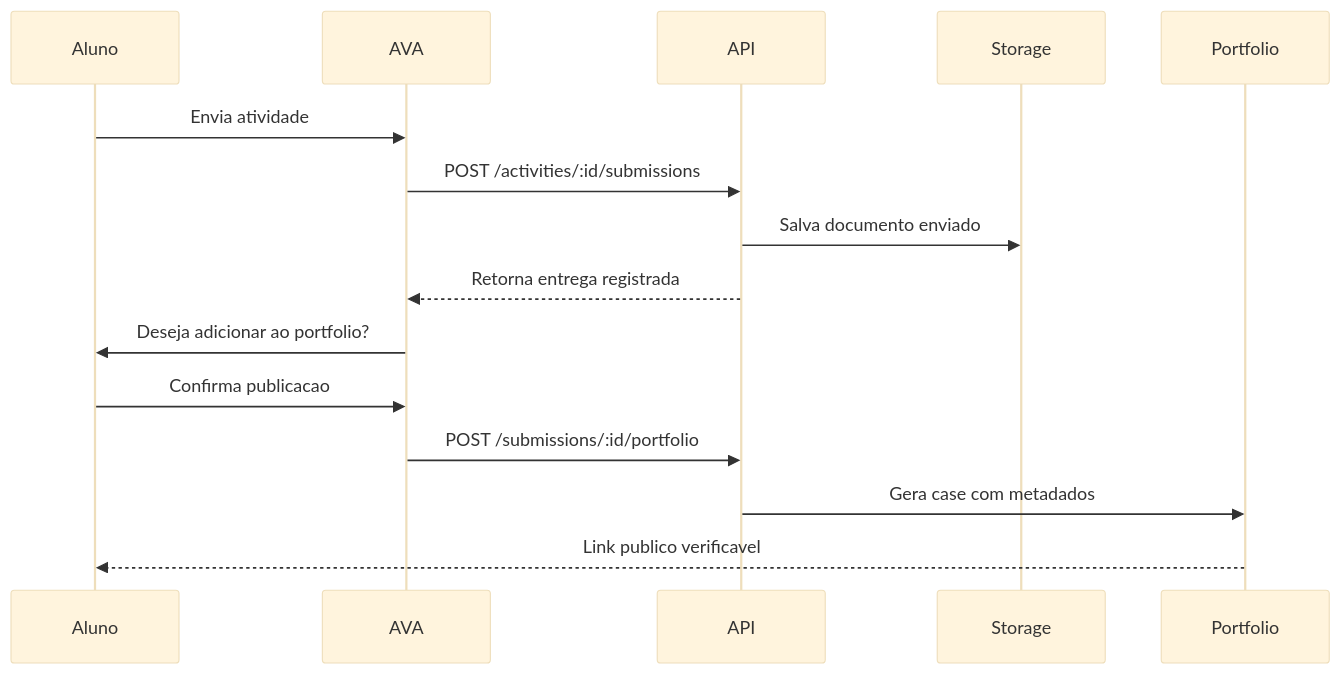
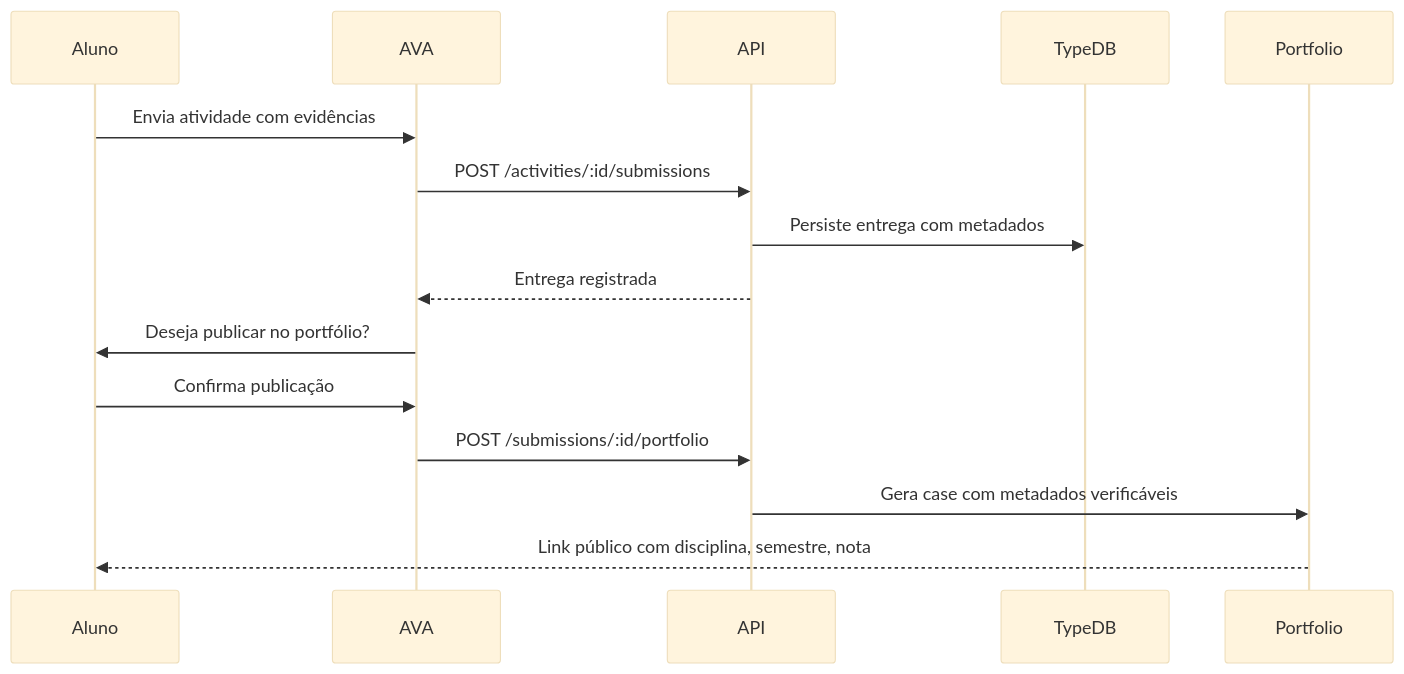
The second of 3 diagrams in README.md (fsluz/Unigran), drawn with Mermaid (base theme) before and after one commit. The commit also changed other lines of this file and 21 other files, not shown here.

````diff
--- a/README.md
+++ b/README.md
@@ -360,18 +268,18 @@
 ```mermaid
 sequenceDiagram
   participant Aluno
   participant AVA
   participant API
-  participant Storage
+  participant TypeDB
   participant Portfolio
 
-  Aluno->>AVA: Envia atividade
+  Aluno->>AVA: Envia atividade com evidências
   AVA->>API: POST /activities/:id/submissions
-  API->>Storage: Salva documento enviado
-  API-->>AVA: Retorna entrega registrada
-  AVA->>Aluno: Deseja adicionar ao portfolio?
-  Aluno->>AVA: Confirma publicacao
+  API->>TypeDB: Persiste entrega com metadados
+  API-->>AVA: Entrega registrada
+  AVA->>Aluno: Deseja publicar no portfólio?
+  Aluno->>AVA: Confirma publicação
   AVA->>API: POST /submissions/:id/portfolio
-  API->>Portfolio: Gera case com metadados
-  Portfolio-->>Aluno: Link publico verificavel
+  API->>Portfolio: Gera case com metadados verificáveis
+  Portfolio-->>Aluno: Link público com disciplina, semestre, nota
 ```
````
